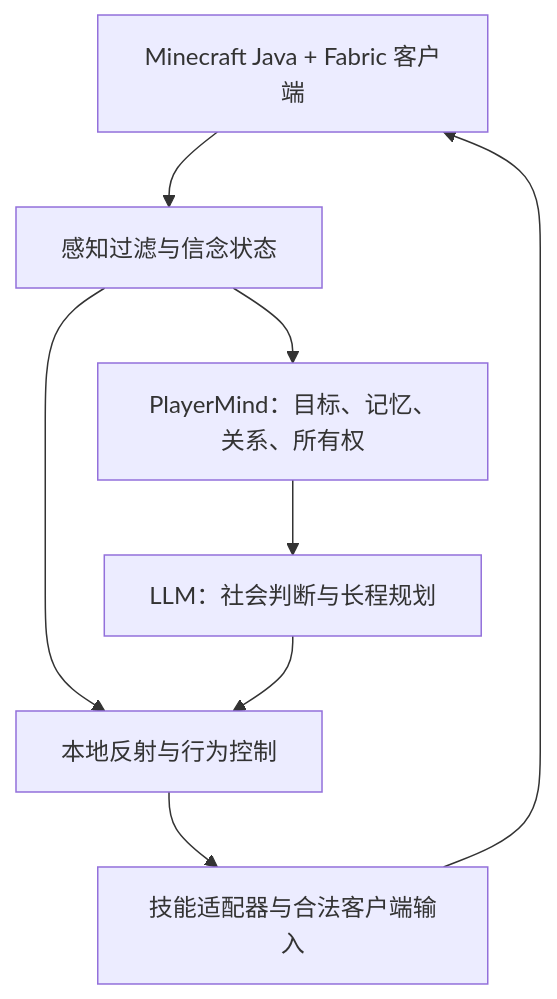
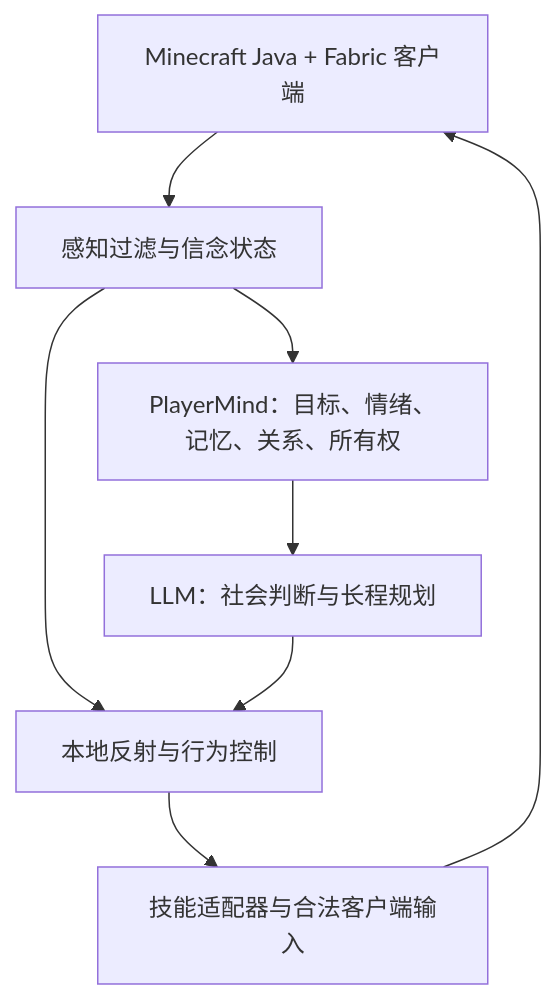
One commit to printlndarling/minekin changed the diagram in README.md. Above: the diagram before and after it, drawn with Mermaid. The commit also changed other lines of this file, not shown here.

Commit message:
docs: model emotion, investigation, and autonomous response

````diff
--- a/README.md
+++ b/README.md
@@ -17,10 +17,10 @@
 ```mermaid
 flowchart TD
     A["Minecraft Java + Fabric 客户端"] --> B["感知过滤与信念状态"]
-    B --> C["PlayerMind：目标、记忆、关系、所有权"]
+    B --> C["PlayerMind：目标、情绪、记忆、关系、所有权"]
     B --> D["本地反射与行为控制"]
     C --> E["LLM：社会判断与长程规划"]
     E --> D
     D --> F["技能适配器与合法客户端输入"]
     F --> A
 ```
````
